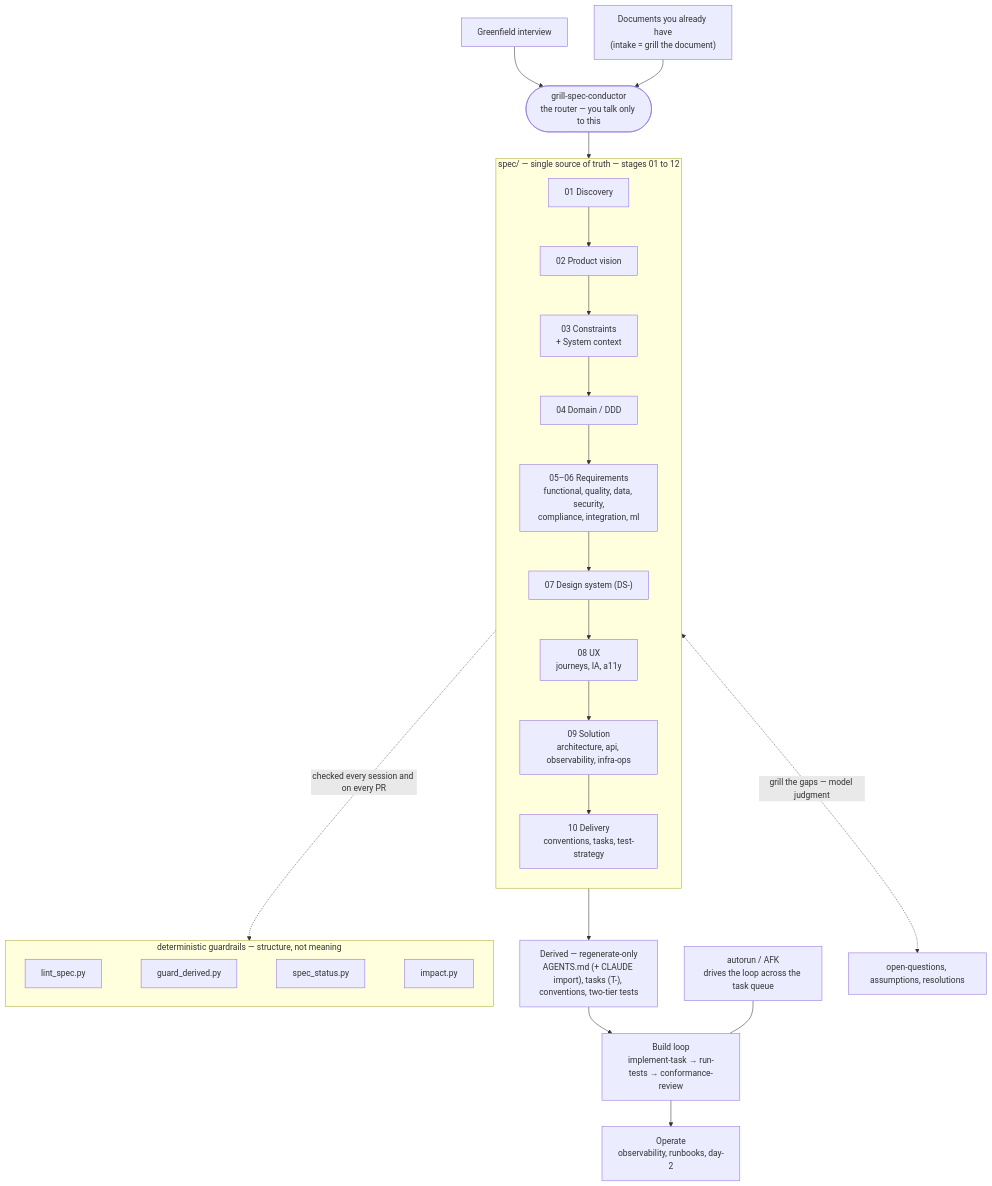
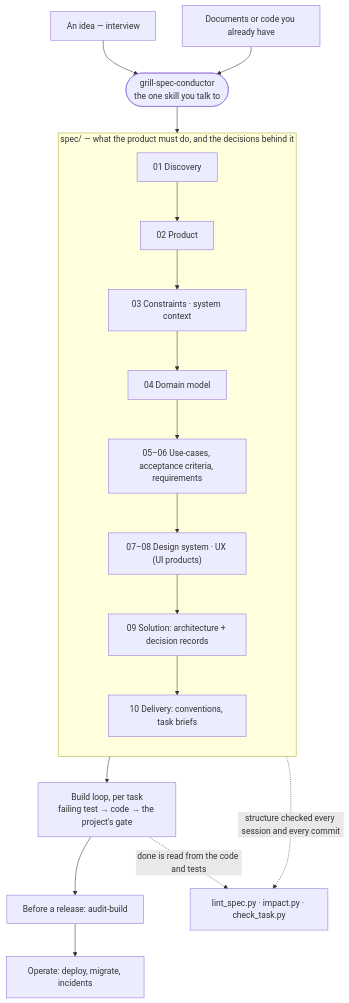
One commit to ivanmrva/grillspec changed the diagram in plugin/docs/HOW-IT-WORKS.md. Above: the diagram before and after it, drawn with Mermaid. The commit also changed other lines of this file and 72 other files, not shown here.

````diff
--- a/plugin/docs/HOW-IT-WORKS.md
+++ b/plugin/docs/HOW-IT-WORKS.md
@@ -15,36 +42,26 @@
 ```mermaid
 flowchart TB
-  I1["Greenfield interview"]
-  I2["Documents you already have<br/>(intake = grill the document)"]
-  C(["grill-spec-conductor<br/>the router — you talk only to this"])
+  I1["An idea — interview"]
+  I2["Documents or code you already have"]
+  C(["grill-spec-conductor<br/>the one skill you talk to"])
   I1 --> C
   I2 --> C
 
-  subgraph PIPE["spec/ — single source of truth — stages 01 to 12"]
+  subgraph SPEC["spec/ — what the product must do, and the decisions behind it"]
     direction TB
-    P1["01 Discovery"] --> P2["02 Product vision"] --> PF["03 Constraints<br/>+ System context"] --> P3["04 Domain / DDD"]
-    P3 --> P4["05–06 Requirements<br/>functional, quality, data, security,<br/>compliance, integration, ml"]
-    P4 --> P4a["07 Design system (DS-)"] --> P4b["08 UX<br/>journeys, IA, a11y"]
-    P4b --> P5["09 Solution<br/>architecture, api, observability, infra-ops"]
-    P5 --> P6["10 Delivery<br/>conventions, tasks, test-strategy"]
+    P1["01 Discovery"] --> P2["02 Product"] --> P3["03 Constraints · system context"] --> P4["04 Domain model"]
+    P4 --> P5["05–06 Use-cases, acceptance criteria, requirements"]
+    P5 --> P6["07–08 Design system · UX (UI products)"]
+    P6 --> P7["09 Solution: architecture + decision records"]
+    P7 --> P8["10 Delivery: conventions, task briefs"]
   end
-  C --> PIPE
+  C --> SPEC
 
-  P6 --> D["Derived — regenerate-only<br/>AGENTS.md (+ CLAUDE import), tasks (T-), conventions, two-tier tests"]
-  D --> B["Build loop<br/>implement-task → run-tests → conformance-review"]
-  AF["autorun / AFK<br/>drives the loop across the task queue"] --- B
-  B --> OPS["Operate<br/>observability, runbooks, day-2"]
+  P8 --> B["Build loop, per task<br/>failing test → code → the project's gate"]
+  B --> R["Before a release: audit-build"]
+  R --> O["Operate: deploy, migrate, incidents"]
 
-  G1["lint_spec.py"]
-  G2["guard_derived.py"]
-  G3["spec_status.py"]
-  G4["impact.py"]
-  subgraph GUARD["deterministic guardrails — structure, not meaning"]
-    direction LR
-    G1 ~~~ G2 ~~~ G3 ~~~ G4
-  end
-  PIPE -. "checked every session and on every PR" .-> GUARD
-
-  Q["open-questions, assumptions, resolutions"]
-  PIPE <-. "grill the gaps — model judgment" .-> Q
+  T["lint_spec.py · impact.py · check_task.py"]
+  SPEC -. "structure checked every session and every commit" .-> T
+  B -. "done is read from the code and tests" .-> T
 ```
````
